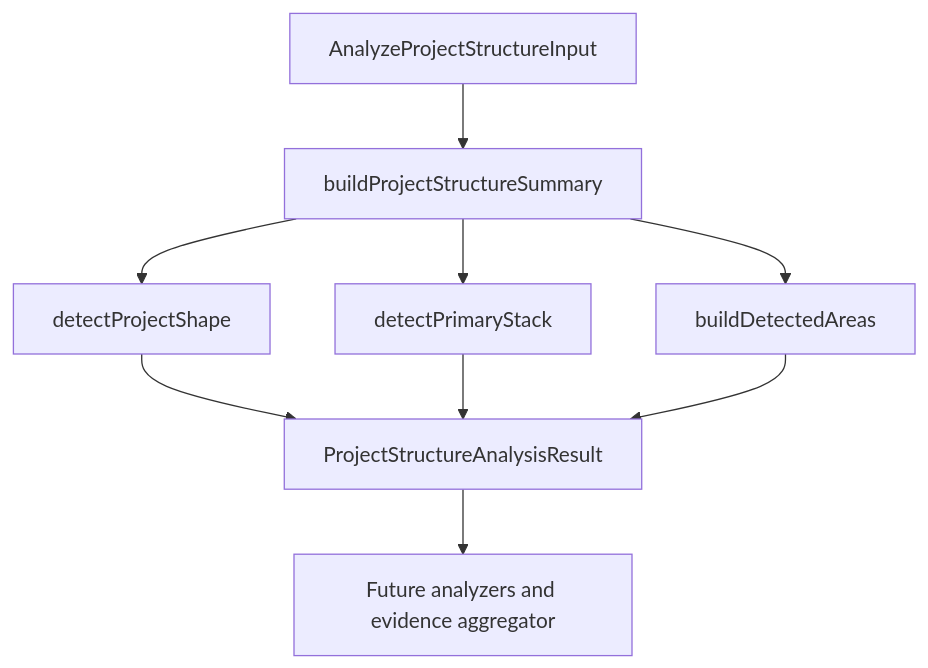
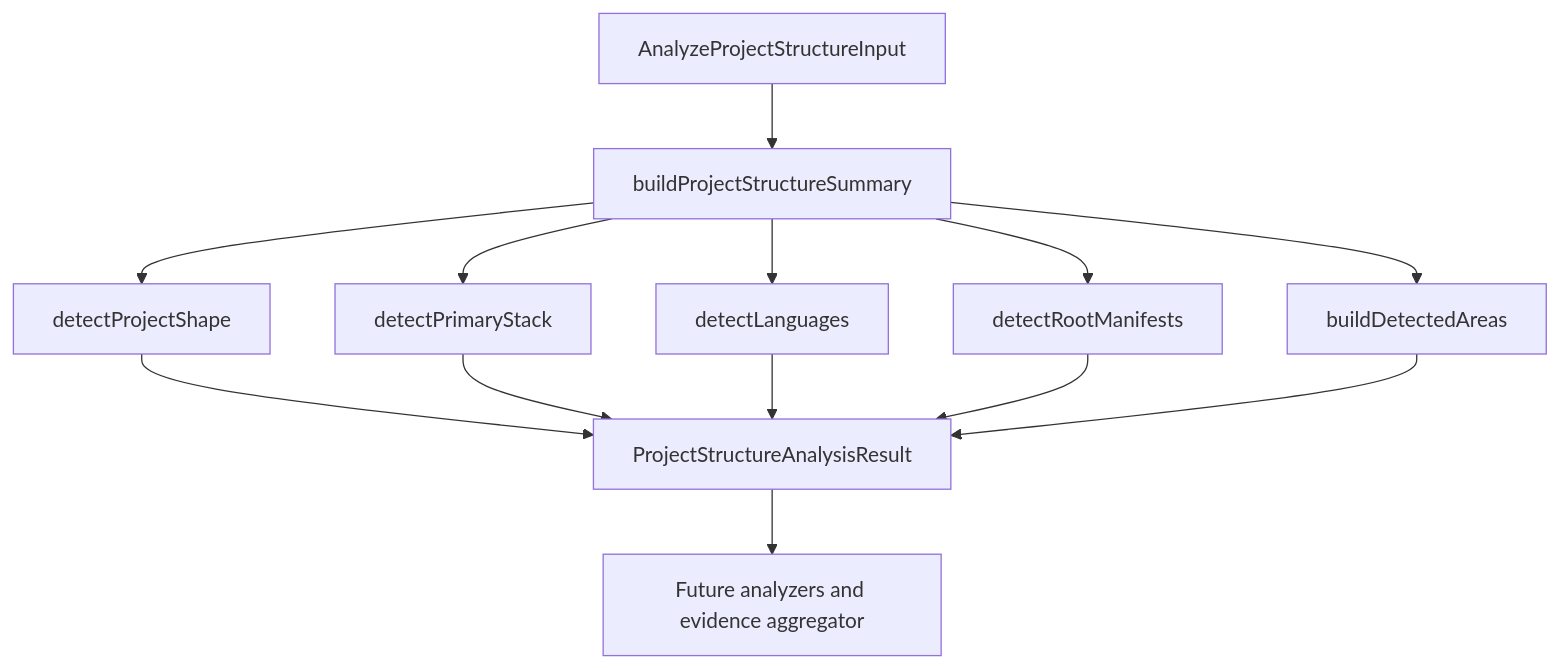
One commit to myusubov/tailorcv changed the diagram in docs/architecture/github-analysis/project-structure/README.md. Above: the diagram before and after it, drawn with Mermaid. The commit also changed other lines of this file and 2 other files, not shown here.

First line of the commit message:
docs(github-analysis): reconcile project-structure docs for summary language/manifest fields

````diff
--- a/docs/architecture/github-analysis/project-structure/README.md
+++ b/docs/architecture/github-analysis/project-structure/README.md
@@ -17,11 +17,15 @@
 ```mermaid
 flowchart TD
   Input[AnalyzeProjectStructureInput] --> Summary[buildProjectStructureSummary]
   Summary --> Shape[detectProjectShape]
   Summary --> Stack[detectPrimaryStack]
+  Summary --> Languages[detectLanguages]
+  Summary --> Manifests[detectRootManifests]
   Summary --> Areas[buildDetectedAreas]
   Shape --> Result[ProjectStructureAnalysisResult]
   Stack --> Result
+  Languages --> Result
+  Manifests --> Result
   Areas --> Result
   Result --> Future[Future analyzers and evidence aggregator]
 ```
````
